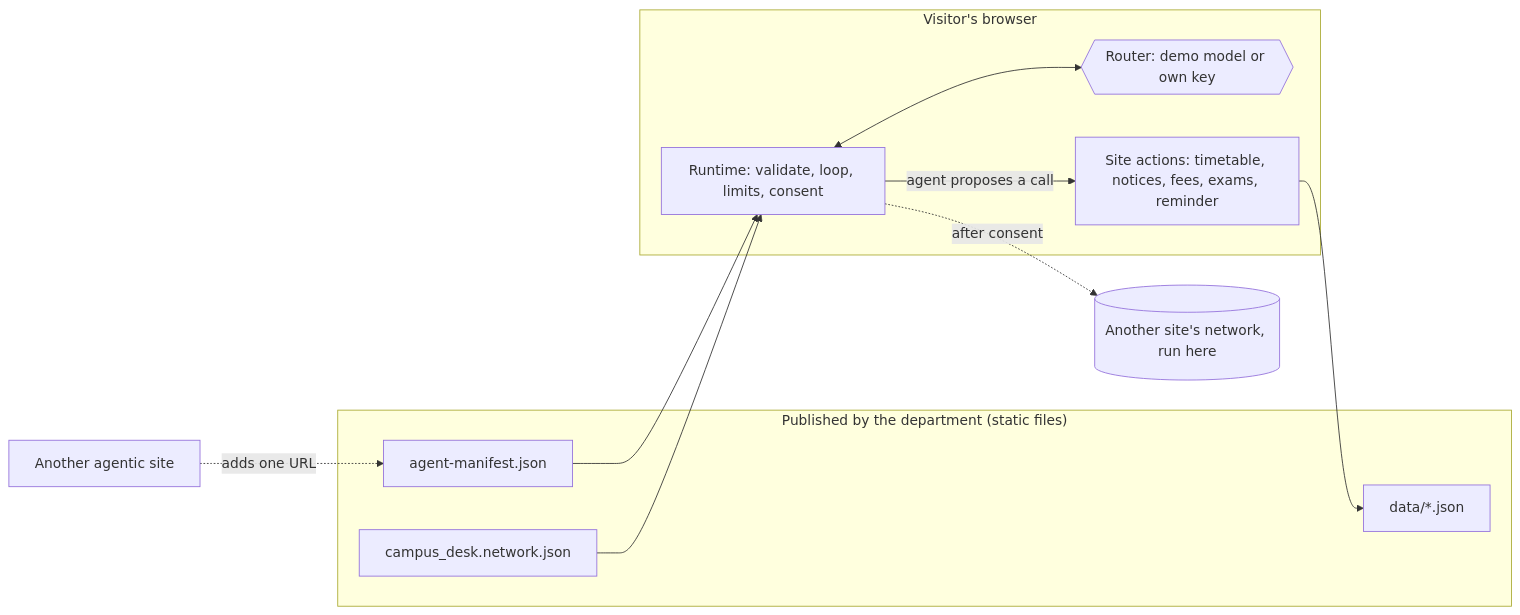
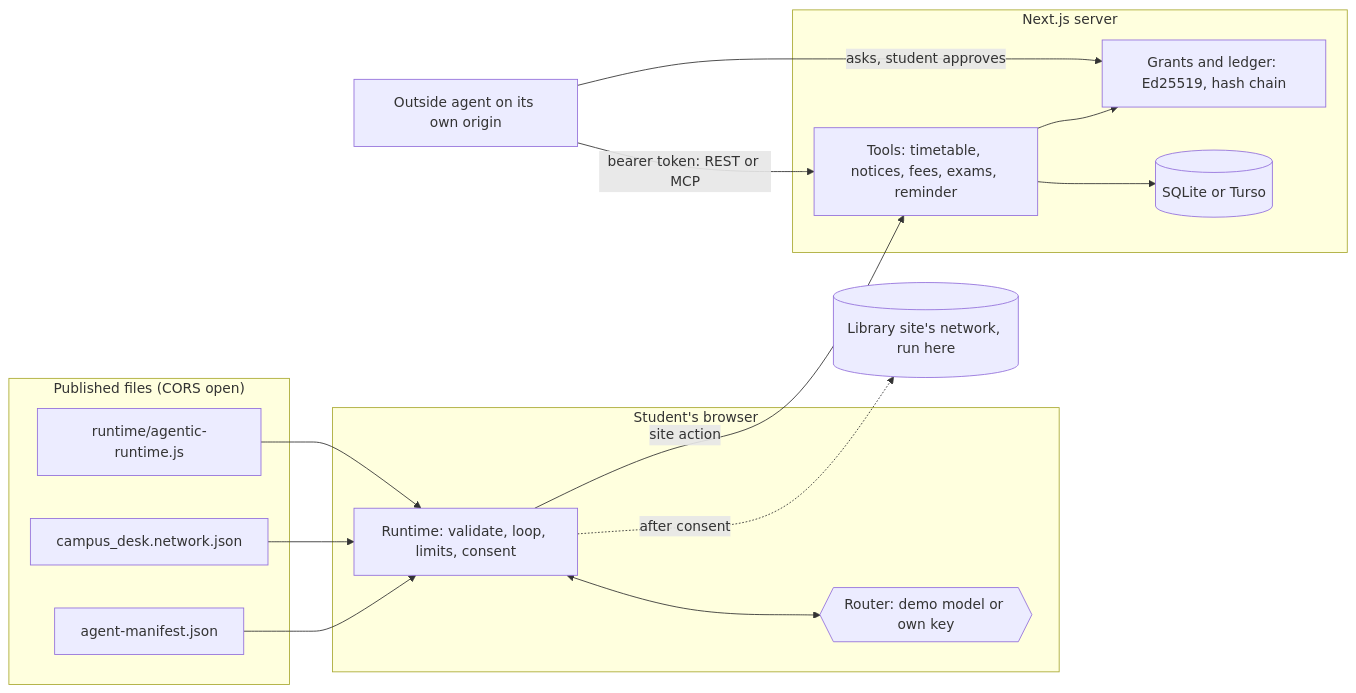
One commit to varshith-dev/campus-desk changed the diagram in README.md. Above: the diagram before and after it, drawn with Mermaid. The commit also changed other lines of this file and 164 other files, not shown here.

First line of the commit message:
Rebuild as a Next.js app with a database, sign-in, signed grants and receipts

````diff
--- a/README.md
+++ b/README.md
@@ -37,20 +56,27 @@
 ```mermaid
 flowchart LR
-  subgraph Site["Published by the department (static files)"]
+  subgraph Pub["Published files (CORS open)"]
     M[agent-manifest.json]
     N[campus_desk.network.json]
-    D[data/*.json]
+    RT[runtime/agentic-runtime.js]
   end
-  subgraph Browser["Visitor's browser"]
+  subgraph Browser["Student's browser"]
     R[Runtime: validate, loop, limits, consent]
     L{{Router: demo model or own key}}
-    A[Site actions: timetable, notices, fees, exams, reminder]
+  end
+  subgraph Server["Next.js server"]
+    T[Tools: timetable, notices, fees, exams, reminder]
+    G[Grants and ledger: Ed25519, hash chain]
+    DB[(SQLite or Turso)]
   end
   M --> R
   N --> R
+  RT --> R
   R <--> L
-  R -->|agent proposes a call| A
-  A --> D
-  R -.->|after consent| P[(Another site's network, run here)]
-  X[Another agentic site] -.->|adds one URL| M
+  R -->|site action| T
+  T --> DB
+  T --> G
+  X[Outside agent on its own origin] -->|asks, student approves| G
+  X -->|bearer token: REST or MCP| T
+  R -.->|after consent| P[(Library site's network, run here)]
 ```
````
